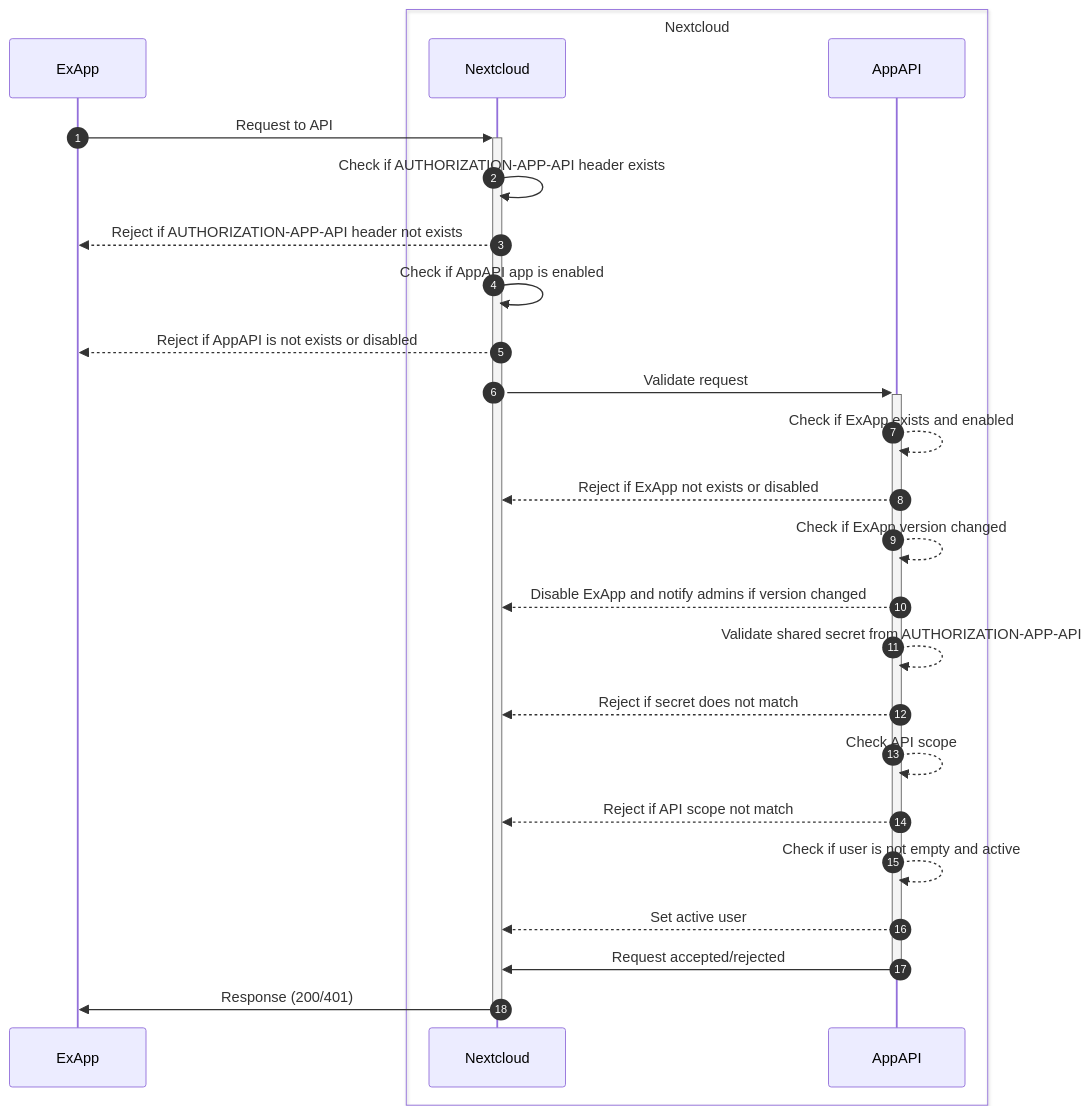
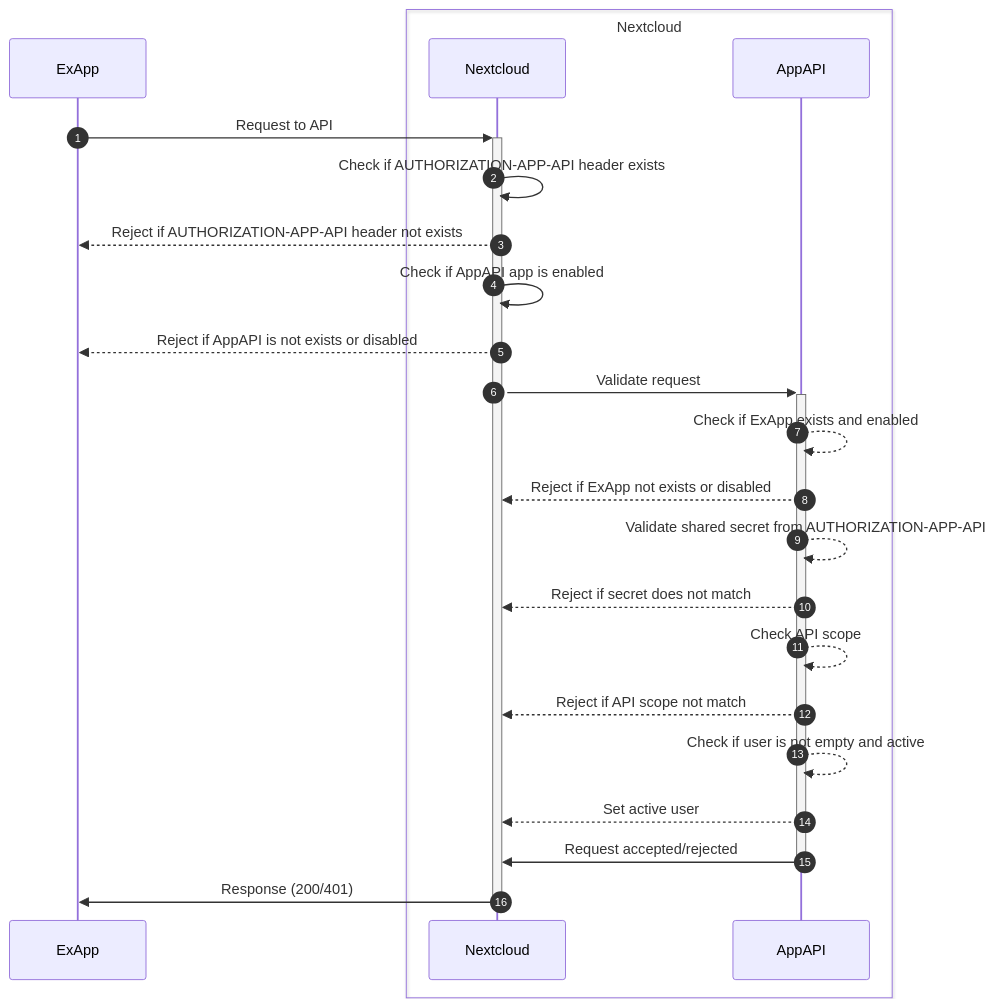
One commit to nextcloud/app_api changed the second of 2 diagrams in docs/tech_details/Authentication.rst. Above: the diagram before and after it, drawn with Mermaid. The commit also changed other lines of this file and 24 other files, not shown here.

```diff
--- a/docs/tech_details/Authentication.rst
+++ b/docs/tech_details/Authentication.rst
@@ -44,28 +46,26 @@
 .. mermaid::
 	:zoom:
 
 	sequenceDiagram
 		autonumber
 		participant ExApp
 		box Nextcloud
 			participant Nextcloud
 			participant AppAPI
 		end
 		ExApp->>+Nextcloud: Request to API
 		Nextcloud->>Nextcloud: Check if AUTHORIZATION-APP-API header exists
 		Nextcloud-->>ExApp: Reject if AUTHORIZATION-APP-API header not exists
 		Nextcloud->>Nextcloud: Check if AppAPI app is enabled
 		Nextcloud-->>ExApp: Reject if AppAPI is not exists or disabled
 		Nextcloud->>+AppAPI: Validate request
 		AppAPI-->>AppAPI: Check if ExApp exists and enabled
 		AppAPI-->>Nextcloud: Reject if ExApp not exists or disabled
-		AppAPI-->>AppAPI: Check if ExApp version changed
-		AppAPI-->>Nextcloud: Disable ExApp and notify admins if version changed
 		AppAPI-->>AppAPI: Validate shared secret from AUTHORIZATION-APP-API
 		AppAPI-->>Nextcloud: Reject if secret does not match
 		AppAPI-->>AppAPI: Check API scope
 		AppAPI-->>Nextcloud: Reject if API scope not match
 		AppAPI-->>AppAPI: Check if user is not empty and active
 		AppAPI-->>Nextcloud: Set active user
 		AppAPI->>-Nextcloud: Request accepted/rejected
 		Nextcloud->>-ExApp: Response (200/401)
```
